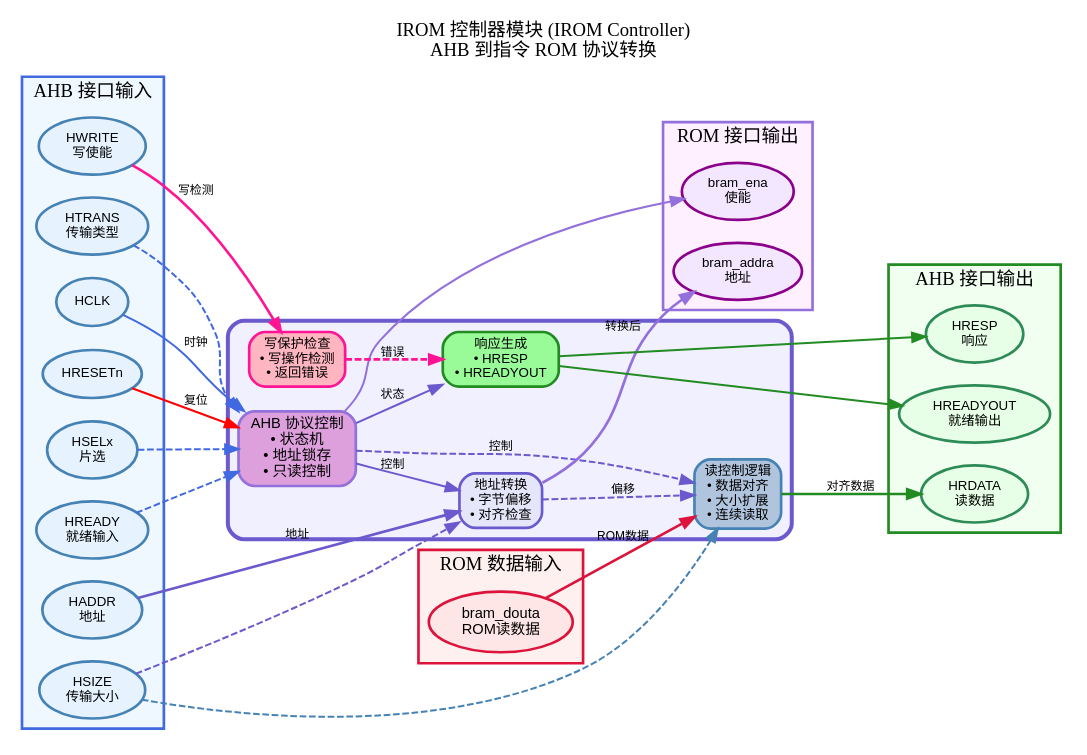
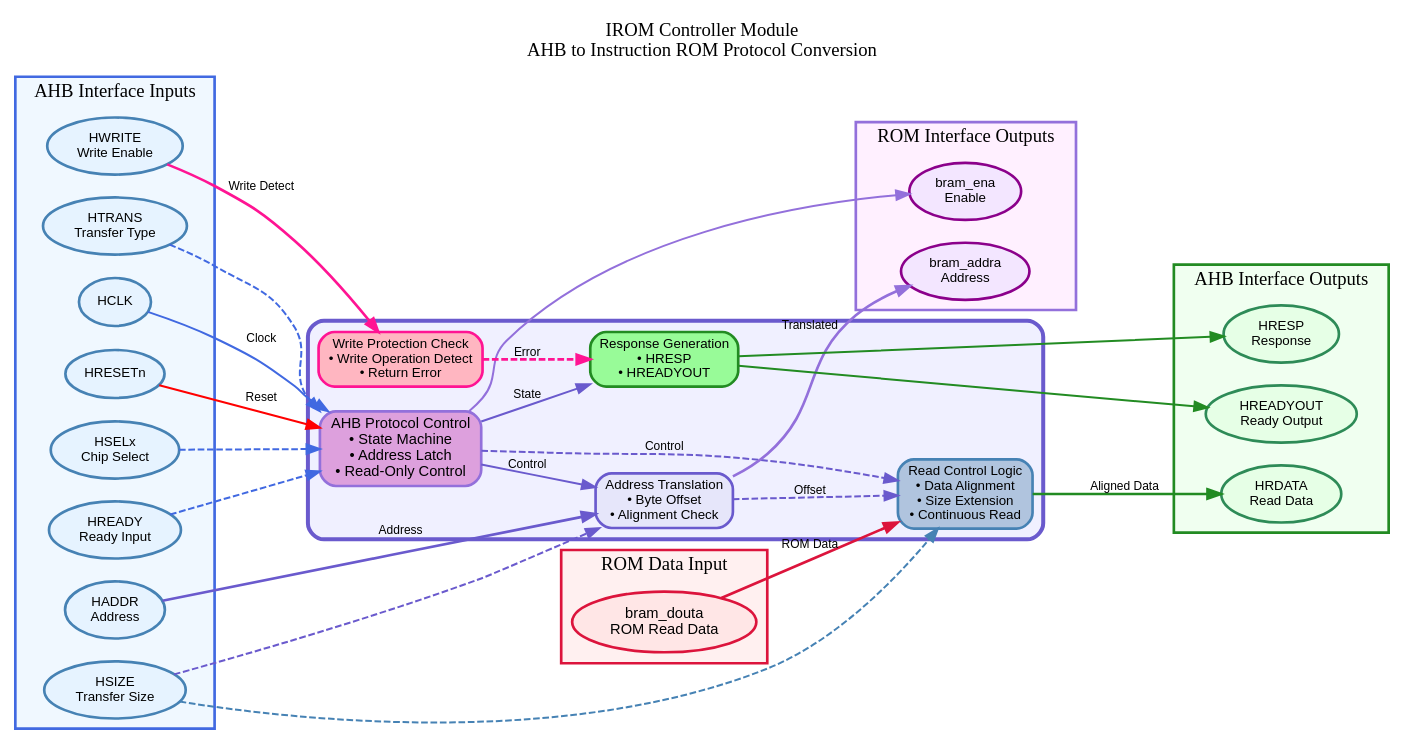
The diagram in report/rtl_diagrams/module_ahb_irom_controller.dot (Narwhal-Wu/LibreCore), drawn with Graphviz before and after one commit. The commit also changed 9 other files, not shown here.

Commit message:
Convert all diagrams to English-only (remove Chinese text)

```diff
--- a/report/rtl_diagrams/module_ahb_irom_controller.dot
+++ b/report/rtl_diagrams/module_ahb_irom_controller.dot
@@ -1,146 +1,146 @@
 digraph ahb_irom_controller {
     rankdir=LR;
     bgcolor="white";
     node [fontname="Arial", fontsize=11];
     edge [fontname="Arial", fontsize=9];
     
     // Title
-    label="IROM 控制器模块 (IROM Controller)\nAHB 到指令 ROM 协议转换";
+    label="IROM Controller Module\nAHB to Instruction ROM Protocol Conversion";
     labelloc="t";
     fontname="Arial Bold";
     fontsize=14;
     
     // Input signals
     subgraph cluster_inputs {
-        label="AHB 接口输入";
+        label="AHB Interface Inputs";
         labelloc="t";
         style="filled";
         fillcolor="#f0f8ff";
         color="#4169e1";
         penwidth=2;
         
         node [shape=ellipse, style="filled", fillcolor="#e6f3ff", 
               color="#4682b4", penwidth=2, fontsize=10];
         
         CLK [label="HCLK"];
         RES [label="HRESETn"];
-        HSEL [label="HSELx\n片选"];
-        HADDR [label="HADDR\n地址"];
-        HWRITE [label="HWRITE\n写使能"];
-        HSIZE [label="HSIZE\n传输大小"];
-        HTRANS [label="HTRANS\n传输类型"];
-        HREADY [label="HREADY\n就绪输入"];
+        HSEL [label="HSELx\nChip Select"];
+        HADDR [label="HADDR\nAddress"];
+        HWRITE [label="HWRITE\nWrite Enable"];
+        HSIZE [label="HSIZE\nTransfer Size"];
+        HTRANS [label="HTRANS\nTransfer Type"];
+        HREADY [label="HREADY\nReady Input"];
     }
     
     // ROM input
     subgraph cluster_rom_in {
-        label="ROM 数据输入";
+        label="ROM Data Input";
         labelloc="t";
         style="filled";
         fillcolor="#fff0f0";
         color="#dc143c";
         penwidth=2;
         
         node [shape=ellipse, style="filled", fillcolor="#ffe6e6", 
               color="#dc143c", penwidth=2];
         
-        ROM_DOUT [label="bram_douta\nROM读数据"];
+        ROM_DOUT [label="bram_douta\nROM Read Data"];
     }
     
     // Main module
     subgraph cluster_module {
         label="";
         style="rounded,filled";
         fillcolor="#f0f0ff";
         color="#6a5acd";
         penwidth=3;
         
         node [shape=box, style="rounded,filled"];
         
         // Protocol converter
-        PROTO [label="AHB 协议控制\n• 状态机\n• 地址锁存\n• 只读控制", 
+        PROTO [label="AHB Protocol Control\n• State Machine\n• Address Latch\n• Read-Only Control", 
               fillcolor="#dda0dd", color="#9370db", penwidth=2, fontsize=11];
         
         // Address translator
-        ADDR [label="地址转换\n• 字节偏移\n• 对齐检查", 
+        ADDR [label="Address Translation\n• Byte Offset\n• Alignment Check", 
              fillcolor="#e6e6fa", color="#6a5acd", penwidth=2, fontsize=10];
         
         // Read control
-        READ [label="读控制逻辑\n• 数据对齐\n• 大小扩展\n• 连续读取", 
+        READ [label="Read Control Logic\n• Data Alignment\n• Size Extension\n• Continuous Read", 
              fillcolor="#b0c4de", color="#4682b4", penwidth=2, fontsize=10];
         
         // Write check
-        WRITE_CHK [label="写保护检查\n• 写操作检测\n• 返回错误", 
+        WRITE_CHK [label="Write Protection Check\n• Write Operation Detect\n• Return Error", 
                   fillcolor="#ffb6c1", color="#ff1493", penwidth=2, fontsize=10];
         
         // Response generator
-        RESP [label="响应生成\n• HRESP\n• HREADYOUT", 
+        RESP [label="Response Generation\n• HRESP\n• HREADYOUT", 
              fillcolor="#98fb98", color="#228b22", penwidth=2, fontsize=10];
     }
     
     // Output signals - AHB
     subgraph cluster_outputs_ahb {
-        label="AHB 接口输出";
+        label="AHB Interface Outputs";
         labelloc="t";
         style="filled";
         fillcolor="#f0fff0";
         color="#228b22";
         penwidth=2;
         
         node [shape=ellipse, style="filled", fillcolor="#e6ffe6", 
               color="#2e8b57", penwidth=2, fontsize=10];
         
-        HRDATA [label="HRDATA\n读数据"];
-        HRESP [label="HRESP\n响应"];
-        HREADYOUT [label="HREADYOUT\n就绪输出"];
+        HRDATA [label="HRDATA\nRead Data"];
+        HRESP [label="HRESP\nResponse"];
+        HREADYOUT [label="HREADYOUT\nReady Output"];
     }
     
     // Output signals - ROM
     subgraph cluster_outputs_rom {
-        label="ROM 接口输出";
+        label="ROM Interface Outputs";
         labelloc="t";
         style="filled";
         fillcolor="#fff0ff";
         color="#9370db";
         penwidth=2;
         
         node [shape=ellipse, style="filled", fillcolor="#f3e6ff", 
               color="#8b008b", penwidth=2, fontsize=10];
         
-        ROM_ADDR [label="bram_addra\n地址"];
-        ROM_EN [label="bram_ena\n使能"];
+        ROM_ADDR [label="bram_addra\nAddress"];
+        ROM_EN [label="bram_ena\nEnable"];
     }
     
     // Input connections
-    CLK -> PROTO [label="时钟", color="#4169e1", penwidth=1.5];
-    RES -> PROTO [label="复位", color="#ff0000", penwidth=1.5];
+    CLK -> PROTO [label="Clock", color="#4169e1", penwidth=1.5];
+    RES -> PROTO [label="Reset", color="#ff0000", penwidth=1.5];
     HSEL -> PROTO [color="#4169e1", penwidth=1.5, style="dashed"];
     HTRANS -> PROTO [color="#4169e1", penwidth=1.5, style="dashed"];
     HREADY -> PROTO [color="#4169e1", penwidth=1.5, style="dashed"];
     
-    HADDR -> ADDR [label="地址", color="#6a5acd", penwidth=2];
+    HADDR -> ADDR [label="Address", color="#6a5acd", penwidth=2];
     HSIZE -> ADDR [color="#6a5acd", penwidth=1.5, style="dashed"];
     
-    HWRITE -> WRITE_CHK [label="写检测", color="#ff1493", penwidth=2];
+    HWRITE -> WRITE_CHK [label="Write Detect", color="#ff1493", penwidth=2];
     
     HSIZE -> READ [color="#4682b4", penwidth=1.5, style="dashed"];
-    ROM_DOUT -> READ [label="ROM数据", color="#dc143c", penwidth=2];
+    ROM_DOUT -> READ [label="ROM Data", color="#dc143c", penwidth=2];
     
     // Internal connections
-    PROTO -> ADDR [label="控制", color="#6a5acd", penwidth=1.5];
-    PROTO -> READ [label="控制", color="#6a5acd", penwidth=1.5, style="dashed"];
-    PROTO -> RESP [label="状态", color="#6a5acd", penwidth=1.5];
+    PROTO -> ADDR [label="Control", color="#6a5acd", penwidth=1.5];
+    PROTO -> READ [label="Control", color="#6a5acd", penwidth=1.5, style="dashed"];
+    PROTO -> RESP [label="State", color="#6a5acd", penwidth=1.5];
     
-    ADDR -> READ [label="偏移", color="#6a5acd", penwidth=1.5, style="dashed"];
+    ADDR -> READ [label="Offset", color="#6a5acd", penwidth=1.5, style="dashed"];
     
-    WRITE_CHK -> RESP [label="错误", color="#ff1493", penwidth=2, style="dashed"];
+    WRITE_CHK -> RESP [label="Error", color="#ff1493", penwidth=2, style="dashed"];
     
     // Output connections - AHB
-    READ -> HRDATA [label="对齐数据", color="#228b22", penwidth=2];
+    READ -> HRDATA [label="Aligned Data", color="#228b22", penwidth=2];
     RESP -> HRESP [color="#228b22", penwidth=1.5];
     RESP -> HREADYOUT [color="#228b22", penwidth=1.5];
     
     // Output connections - ROM
-    ADDR -> ROM_ADDR [label="转换后", color="#9370db", penwidth=2];
+    ADDR -> ROM_ADDR [label="Translated", color="#9370db", penwidth=2];
     PROTO -> ROM_EN [color="#9370db", penwidth=1.5];
 }
```
